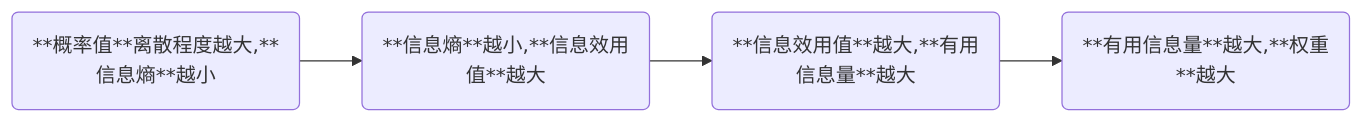
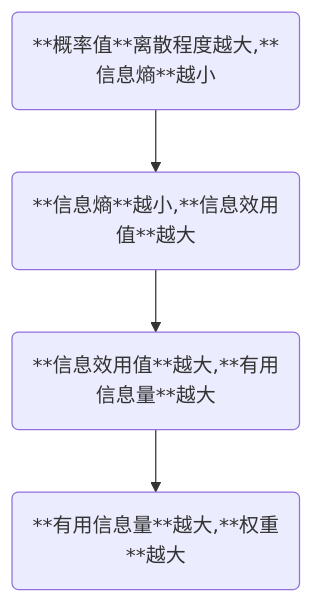
The diagram in Summary_Of_Evaluation_Algorithms/3.ENT-Entropy/ENT-Entropy.md (mel0nyrame/MCM_Notes), drawn with Mermaid before and after one commit. The commit also changed other lines of this file and 3 other files, not shown here.

Commit message:
居中的竖向流程图

````diff
--- a/Summary_Of_Evaluation_Algorithms/3.ENT-Entropy/ENT-Entropy.md
+++ b/Summary_Of_Evaluation_Algorithms/3.ENT-Entropy/ENT-Entropy.md
@@ -22,6 +24,6 @@
 ```mermaid
-graph LR
+graph TD
 a(**概率值**离散程度越大,**信息熵**越小) --> b(**信息熵**越小,**信息效用值**越大)
 b --> c(**信息效用值**越大,**有用信息量**越大)
 c --> d(**有用信息量**越大,**权重**越大)
 ```
````
